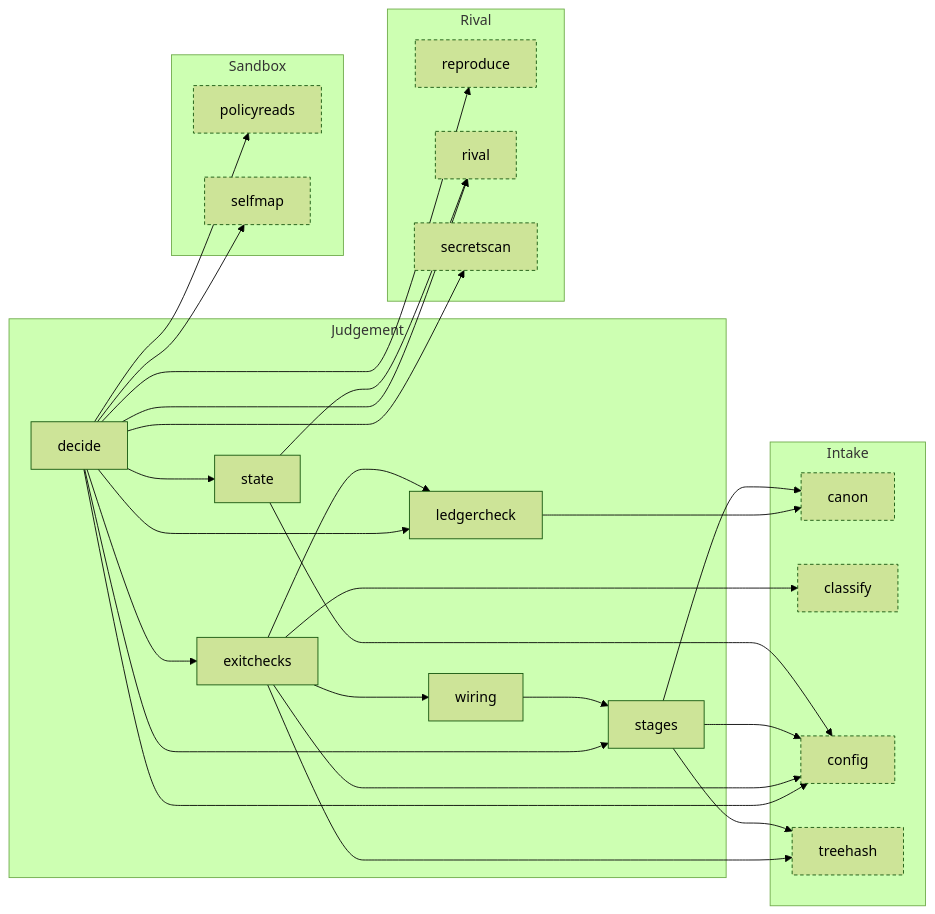
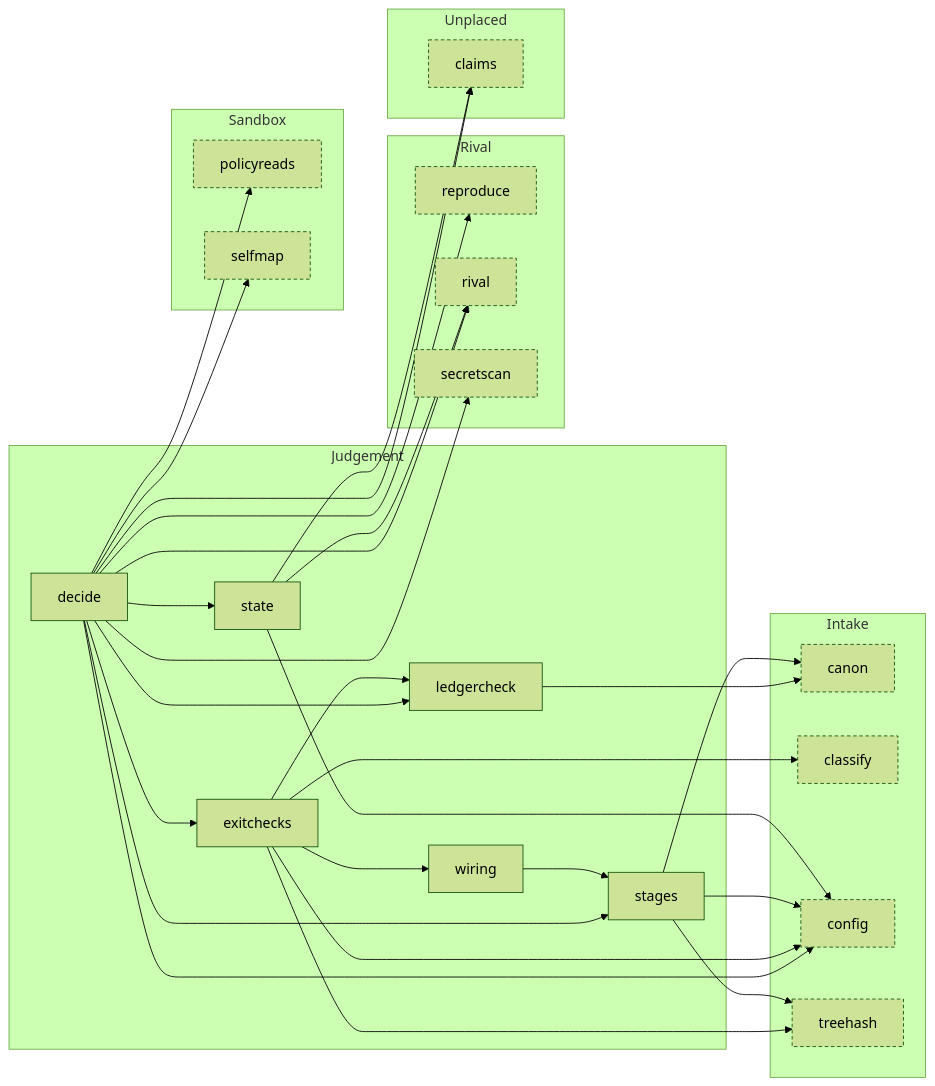
Before and after one commit to Okan-wqm/snowball-mcp: the seventh of 9 diagrams in docs/harita.md, drawn with Mermaid (forest theme). The commit also changed other lines of this file and 26 other files, not shown here.

````diff
--- a/docs/harita.md
+++ b/docs/harita.md
@@ -343,49 +355,54 @@
 ```mermaid
 flowchart LR
   subgraph a_Judgement["Judgement"]
     m_decide["decide"]
     m_exitchecks["exitchecks"]
     m_ledgercheck["ledgercheck"]
     m_stages["stages"]
     m_state["state"]
     m_wiring["wiring"]
   end
   subgraph a_Intake["Intake"]
     m_canon["canon"]:::outside
     m_classify["classify"]:::outside
     m_config["config"]:::outside
     m_treehash["treehash"]:::outside
   end
   subgraph a_Rival["Rival"]
     m_reproduce["reproduce"]:::outside
     m_rival["rival"]:::outside
     m_secretscan["secretscan"]:::outside
   end
   subgraph a_Sandbox["Sandbox"]
     m_policyreads["policyreads"]:::outside
     m_selfmap["selfmap"]:::outside
   end
+  subgraph a_Unplaced["Unplaced"]
+    m_claims["claims"]:::outside
+  end
+  m_decide --> m_claims
   m_decide --> m_config
   m_decide --> m_exitchecks
   m_decide --> m_ledgercheck
   m_decide --> m_policyreads
   m_decide --> m_reproduce
   m_decide --> m_rival
   m_decide --> m_secretscan
   m_decide --> m_selfmap
   m_decide --> m_stages
   m_decide --> m_state
   m_exitchecks --> m_classify
   m_exitchecks --> m_config
   m_exitchecks --> m_ledgercheck
   m_exitchecks --> m_treehash
   m_exitchecks --> m_wiring
   m_ledgercheck --> m_canon
   m_stages --> m_canon
   m_stages --> m_config
   m_stages --> m_treehash
+  m_state --> m_claims
   m_state --> m_config
   m_state --> m_rival
   m_wiring --> m_stages
   classDef outside stroke-dasharray: 4 3
 ```
````
